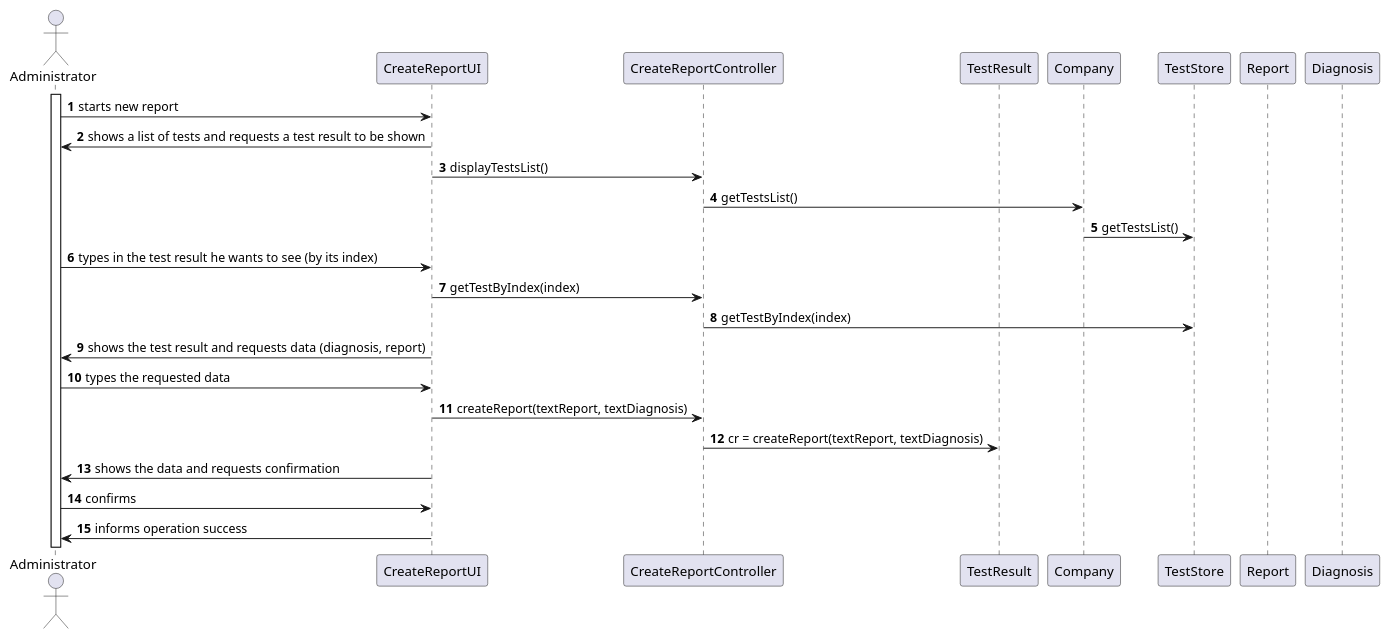
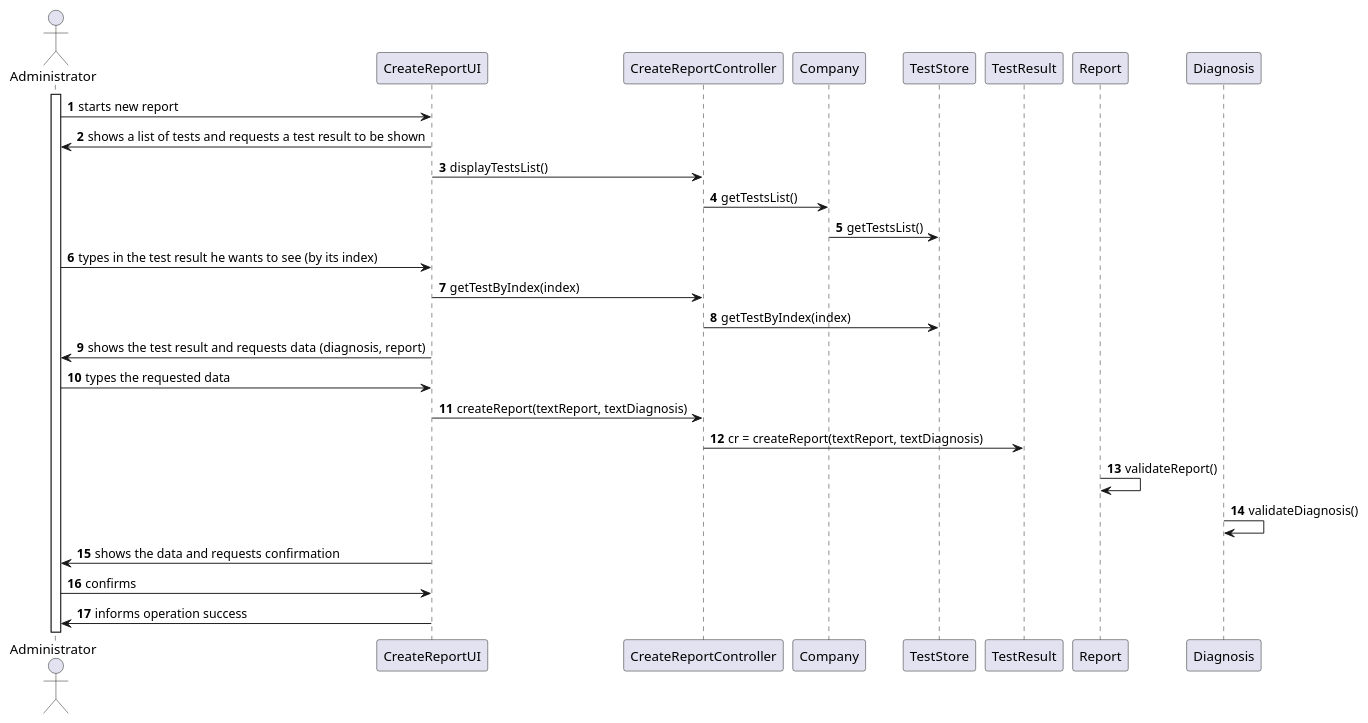
Before and after one commit to MadDinosaur/ISEP-LAPR2: the diagram in docs/SprintC/US14/US14_SD.puml, drawn with PlantUML.

Commit message:
Quick change.

```diff
--- a/docs/SprintC/US14/US14_SD.puml
+++ b/docs/SprintC/US14/US14_SD.puml
@@ -1,36 +1,38 @@
 @startuml
 
 autonumber
 
 actor Administrator as admin
 participant CreateReportUI as crUI
 participant CreateReportController as crC
-participant TestResult as tr
 participant Company as com
 participant TestStore as ts
+participant TestResult as tr
 participant Report as rep
 participant Diagnosis as dg
 
 
 activate admin
 
 admin -> crUI: starts new report
 crUI -> admin: shows a list of tests and requests a test result to be shown
 crUI -> crC: displayTestsList()
 crC -> com: getTestsList()
 com -> ts: getTestsList()
 
 admin -> crUI: types in the test result he wants to see (by its index)
 crUI -> crC: getTestByIndex(index)
 crC -> ts: getTestByIndex(index)
 crUI -> admin: shows the test result and requests data (diagnosis, report)
 admin -> crUI: types the requested data
 crUI -> crC: createReport(textReport, textDiagnosis)
 crC -> tr: cr = createReport(textReport, textDiagnosis)
+rep -> rep: validateReport()
+dg -> dg: validateDiagnosis()
 
 
 crUI -> admin: shows the data and requests confirmation
 admin -> crUI: confirms
 crUI -> admin: informs operation success
 
 @enduml
```
